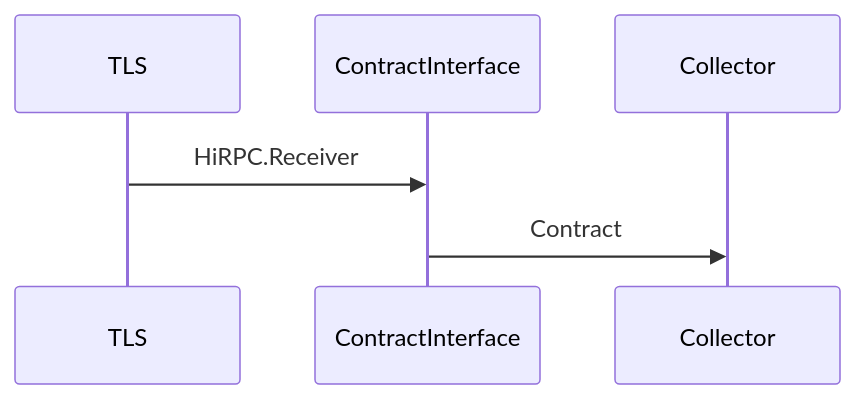
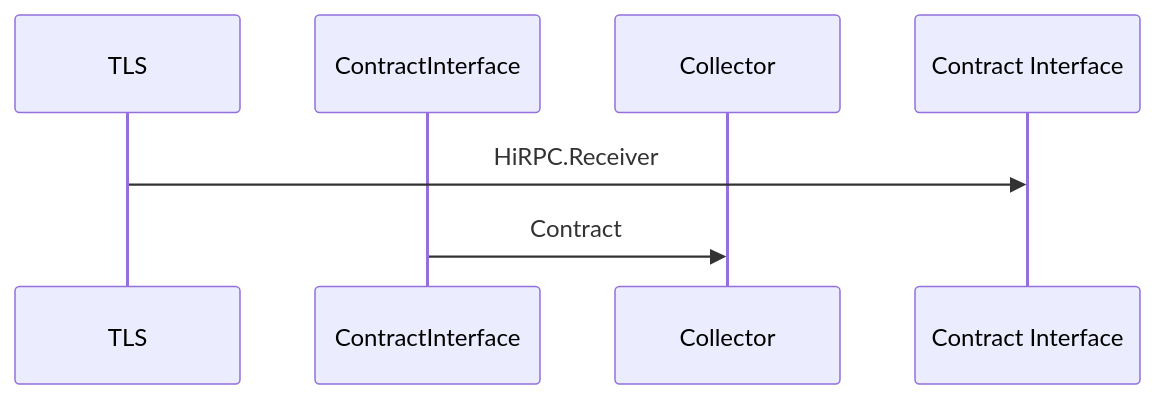
One commit to tagion/tagion changed the diagram in documents/architecture/ContractInterface.md. Above: the diagram before and after it, drawn with Mermaid.

````diff
--- a/documents/architecture/ContractInterface.md
+++ b/documents/architecture/ContractInterface.md
@@ -25,8 +25,8 @@
 ```mermaid
 sequenceDiagram
     participant TLS
     participant ContractInterface
     participant Collector
-    TLS->>ContractInterface: HiRPC.Receiver
+    TLS->>Contract Interface: HiRPC.Receiver
     ContractInterface->>Collector: Contract
 ```
````
